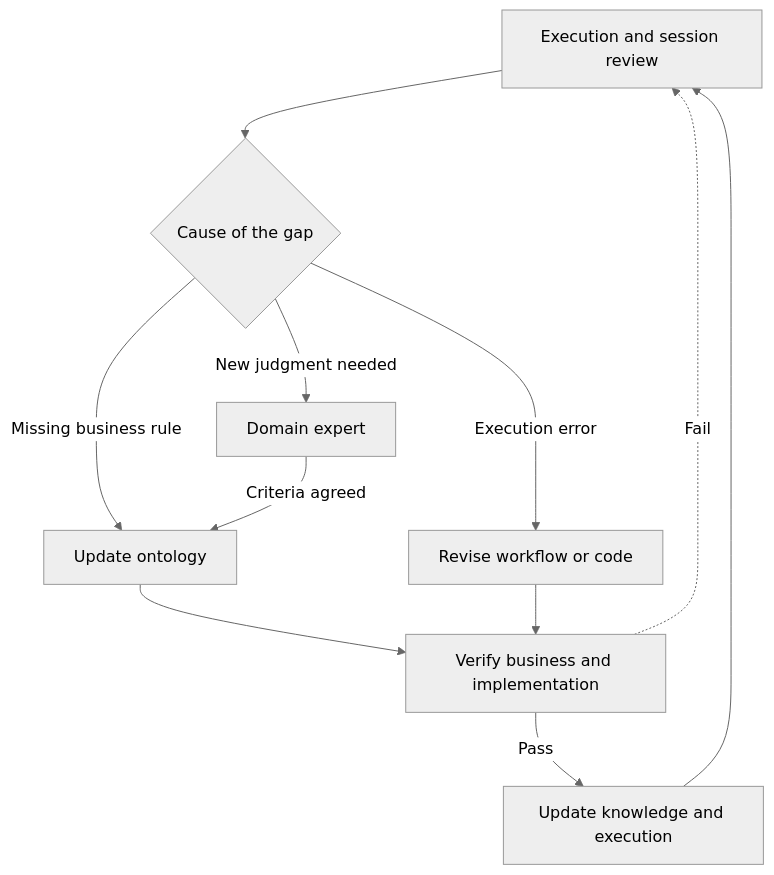
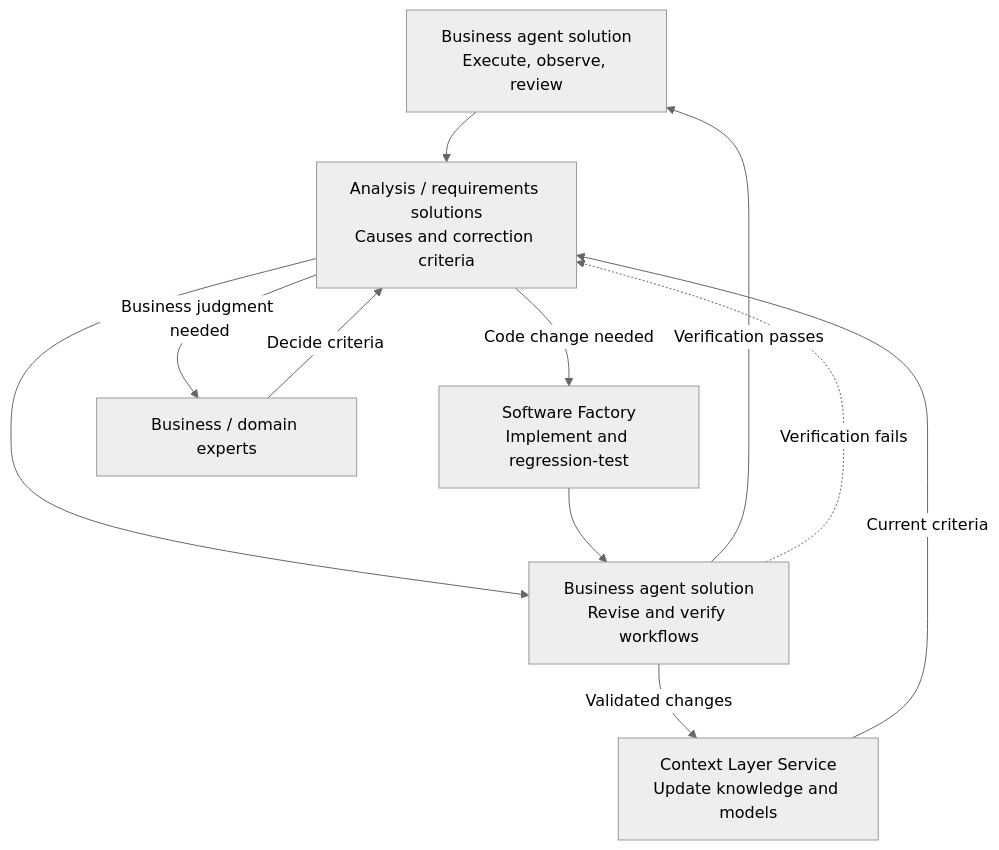
One commit to haandol/haandol.github.com changed the sixth of 6 diagrams in _en/2026-11-05-enterprise-wide-ax-essentials.md. Above: the diagram before and after it, drawn with Mermaid (neutral theme). The commit also changed other lines of this file and 5 other files, not shown here.

````diff
--- a/_en/2026-11-05-enterprise-wide-ax-essentials.md
+++ b/_en/2026-11-05-enterprise-wide-ax-essentials.md
@@ -328,13 +301,13 @@
 ```mermaid
 flowchart TB
-  R["Execution and session review"] --> D{"Cause of the gap"}
-  D -->|"Missing business rule"| K["Update ontology"]
-  D -->|"Execution error"| I["Revise workflow or code"]
-  D -->|"New judgment needed"| O["Domain expert"]
-  O -->|"Criteria agreed"| K
-  K --> V["Verify business and implementation"]
-  I --> V
-  V -->|"Pass"| S["Update knowledge and execution"]
-  V -.->|"Fail"| R
-  S --> R
+  A["Business agent solution<br/>Execute, observe, review"] --> R["Analysis / requirements solutions<br/>Causes and correction criteria"]
+  R --> W["Business agent solution<br/>Revise and verify workflows"]
+  R -->|"Code change needed"| F["Software Factory<br/>Implement and regression-test"]
+  F --> W
+  W -->|"Verification passes"| A
+  W -->|"Validated changes"| K["Context Layer Service<br/>Update knowledge and models"]
+  K -->|"Current criteria"| R
+  R -->|"Business judgment needed"| O["Business / domain experts"]
+  O -->|"Decide criteria"| R
+  W -.->|"Verification fails"| R
 ```
````
